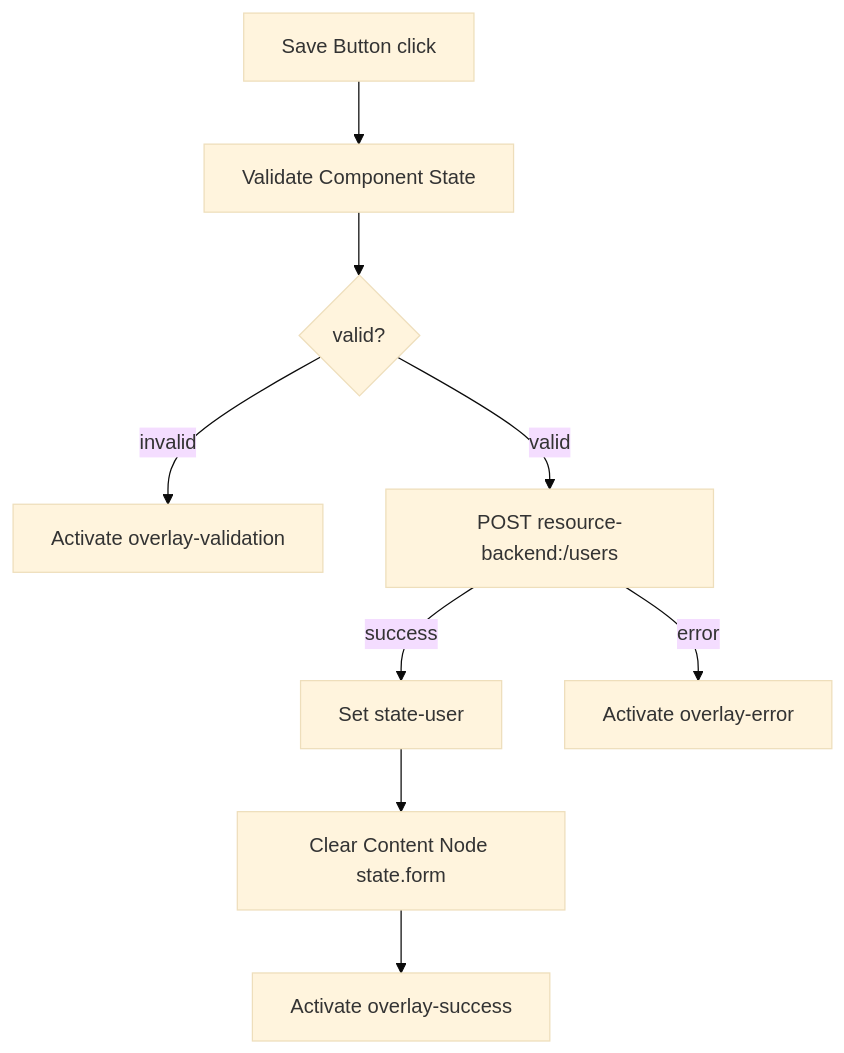
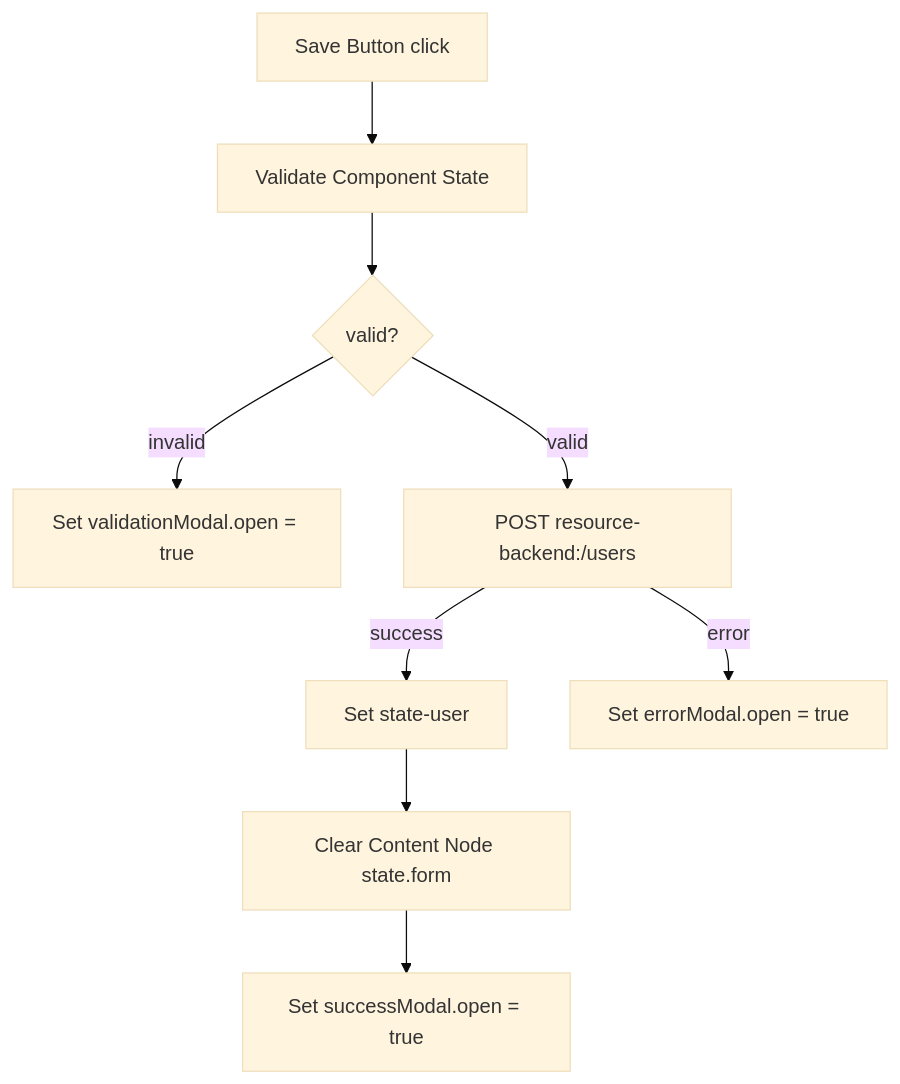
One commit to northwest-hcu/FlagShip changed the second of 7 diagrams in docs/architecture/10-examples-roadmap-and-decisions.md. Above: the diagram before and after it, drawn with Mermaid (base theme). The commit also changed other lines of this file and 23 other files, not shown here.

Commit message:
feat: Lifecycle FlowとComponent変数統一を実装

````diff
--- a/docs/architecture/10-examples-roadmap-and-decisions.md
+++ b/docs/architecture/10-examples-roadmap-and-decisions.md
@@ -130,11 +130,11 @@
 ```mermaid
 flowchart TD
     Click["Save Button click"] --> Validate["Validate Component State"]
     Validate --> Valid{"valid?"}
-    Valid -->|"invalid"| Validation["Activate overlay-validation"]
+    Valid -->|"invalid"| Validation["Set validationModal.open = true"]
     Valid -->|"valid"| Request["POST resource-backend:/users"]
     Request -->|"success"| SetUser["Set state-user"]
     SetUser --> Clear["Clear Content Node state.form"]
-    Clear --> Success["Activate overlay-success"]
-    Request -->|"error"| Error["Activate overlay-error"]
+    Clear --> Success["Set successModal.open = true"]
+    Request -->|"error"| Error["Set errorModal.open = true"]
 ```
````
